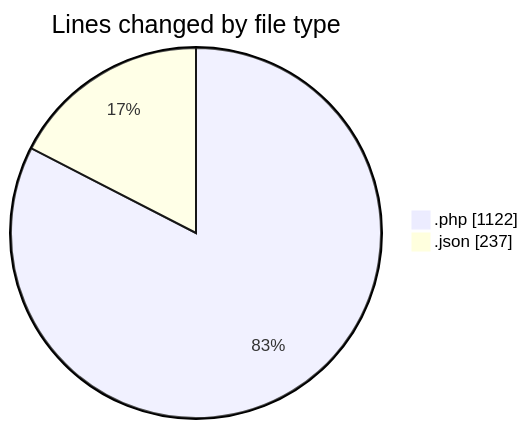
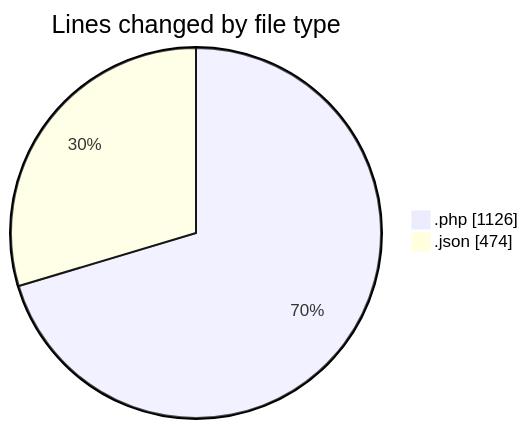
Before and after one commit to idhammustaqopulfikri/code-tracking: the first of 2 diagrams in 2025-06-02/studio-backend/README.md, drawn with Mermaid. The commit also changed other lines of this file and 1 other file, not shown here.

````diff
--- a/2025-06-02/studio-backend/README.md
+++ b/2025-06-02/studio-backend/README.md
@@ -35,6 +35,6 @@
 ```mermaid
 pie showData
 title Lines changed by file type
-".php" : 1122
-".json" : 237
+".php" : 1126
+".json" : 474
 ```
````
